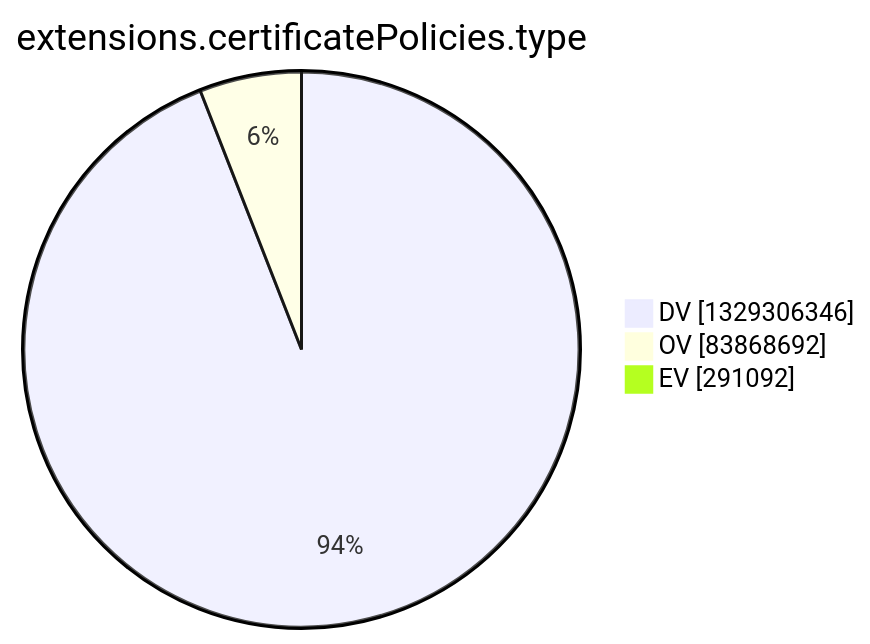
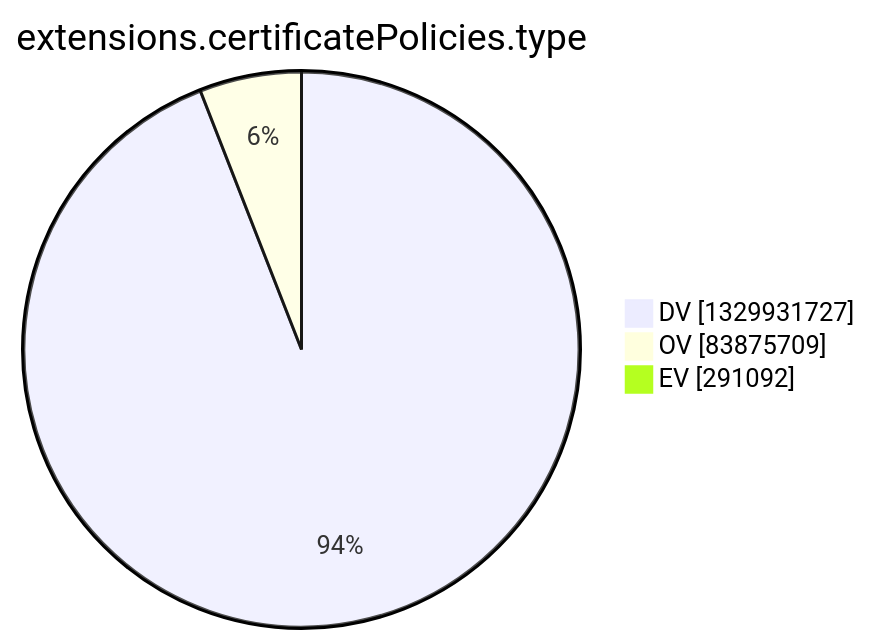
The tenth of 15 diagrams in argon2022/README.md (christiankrug/ctmonitor_visualization), drawn with Mermaid before and after one commit. The commit also changed other lines of this file, not shown here.

````diff
--- a/argon2022/README.md
+++ b/argon2022/README.md
@@ -2772,7 +2772,7 @@
 ```mermaid
 pie showData
 title extensions.certificatePolicies.type
-"DV" :1329306346
-"OV" :83868692
+"DV" :1329931727
+"OV" :83875709
 "EV" :291092
 ```
````
